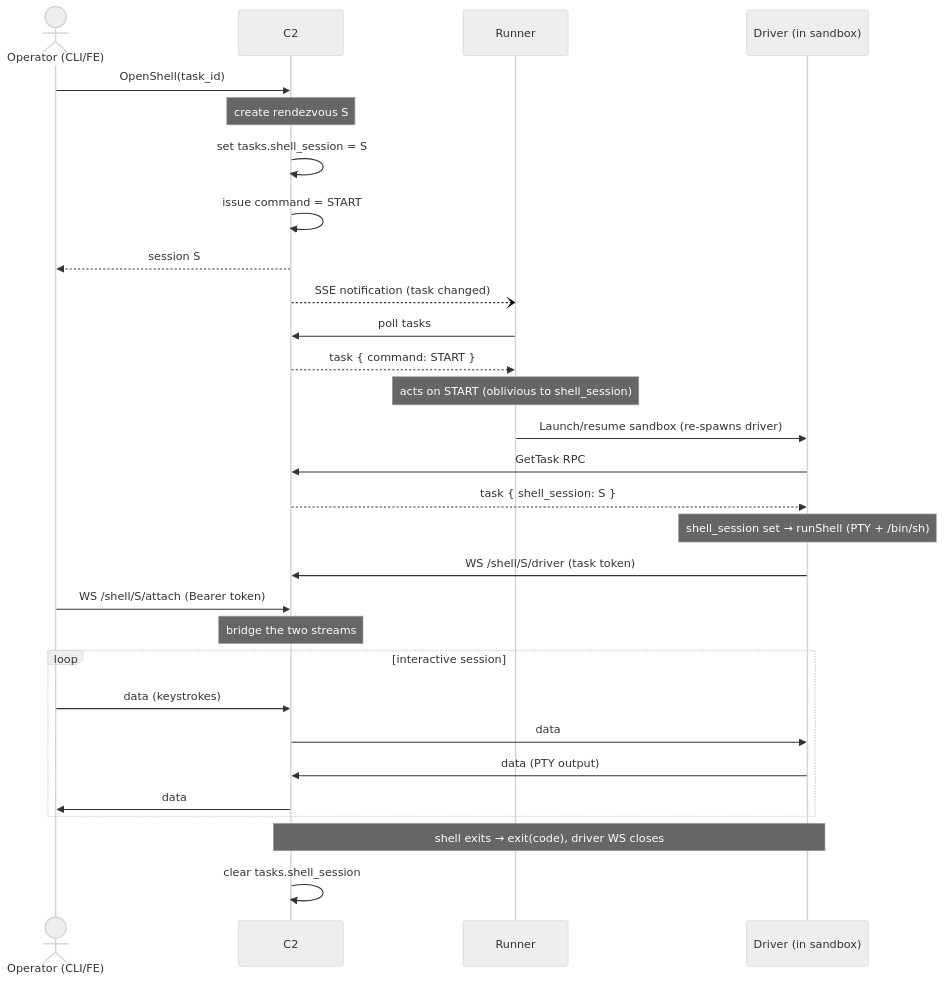
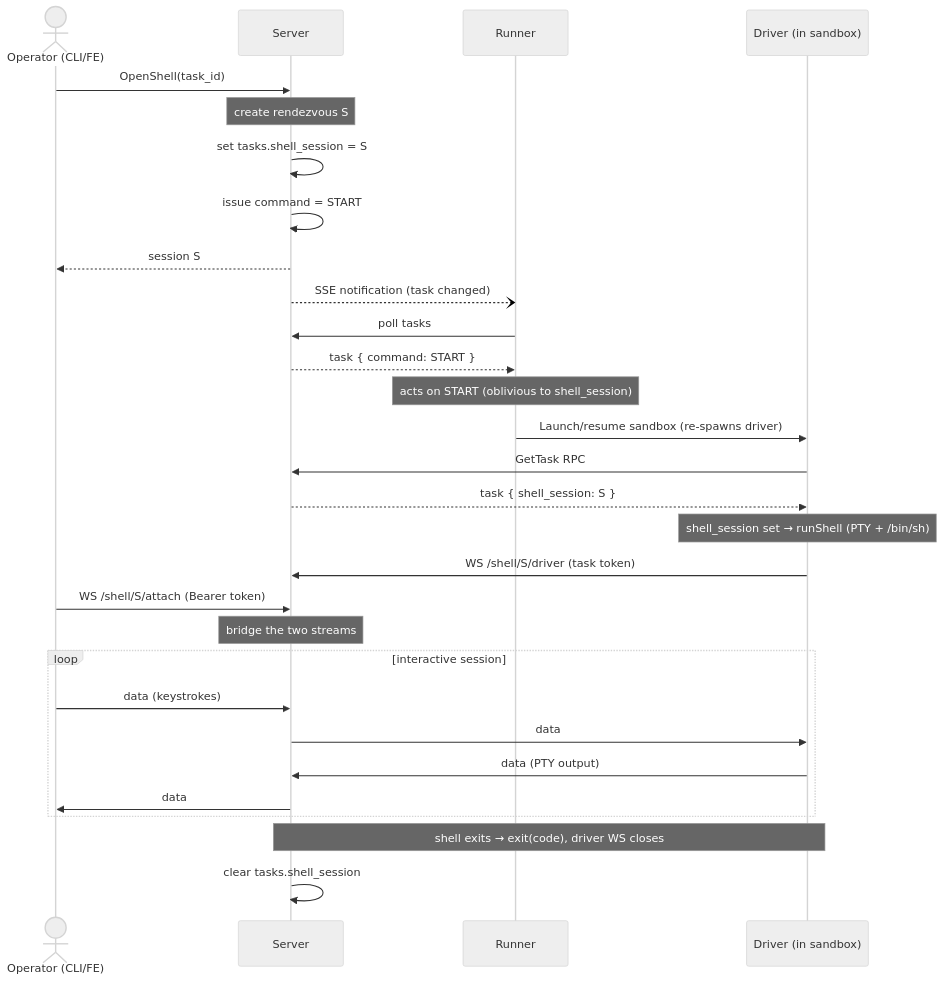
Before and after one commit to icholy/xagent: the diagram in proposals/draft/driver-reverse-shell.md, drawn with Mermaid (neutral theme). The commit also changed other lines of this file and 33 other files, not shown here.

````diff
--- a/proposals/draft/driver-reverse-shell.md
+++ b/proposals/draft/driver-reverse-shell.md
@@ -114,37 +114,37 @@
 ```mermaid
 sequenceDiagram
     actor Op as Operator (CLI/FE)
-    participant C2
+    participant Server
     participant Runner
     participant Driver as Driver (in sandbox)
 
-    Op->>C2: OpenShell(task_id)
-    Note over C2: create rendezvous S
-    C2->>C2: set tasks.shell_session = S
-    C2->>C2: issue command = START
-    C2-->>Op: session S
+    Op->>Server: OpenShell(task_id)
+    Note over Server: create rendezvous S
+    Server->>Server: set tasks.shell_session = S
+    Server->>Server: issue command = START
+    Server-->>Op: session S
 
-    C2--)Runner: SSE notification (task changed)
-    Runner->>C2: poll tasks
-    C2-->>Runner: task { command: START }
+    Server--)Runner: SSE notification (task changed)
+    Runner->>Server: poll tasks
+    Server-->>Runner: task { command: START }
     Note over Runner: acts on START (oblivious to shell_session)
     Runner->>Driver: Launch/resume sandbox (re-spawns driver)
 
-    Driver->>C2: GetTask RPC
-    C2-->>Driver: task { shell_session: S }
+    Driver->>Server: GetTask RPC
+    Server-->>Driver: task { shell_session: S }
     Note over Driver: shell_session set → runShell (PTY + /bin/sh)
 
-    Driver->>C2: WS /shell/S/driver (task token)
-    Op->>C2: WS /shell/S/attach (Bearer token)
-    Note over C2: bridge the two streams
+    Driver->>Server: WS /shell/S/driver (task token)
+    Op->>Server: WS /shell/S/attach (Bearer token)
+    Note over Server: bridge the two streams
 
     loop interactive session
-        Op->>C2: data (keystrokes)
-        C2->>Driver: data
-        Driver->>C2: data (PTY output)
-        C2->>Op: data
+        Op->>Server: data (keystrokes)
+        Server->>Driver: data
+        Driver->>Server: data (PTY output)
+        Server->>Op: data
     end
 
-    Note over Driver,C2: shell exits → exit(code), driver WS closes
-    C2->>C2: clear tasks.shell_session
+    Note over Driver,Server: shell exits → exit(code), driver WS closes
+    Server->>Server: clear tasks.shell_session
 ```
````
